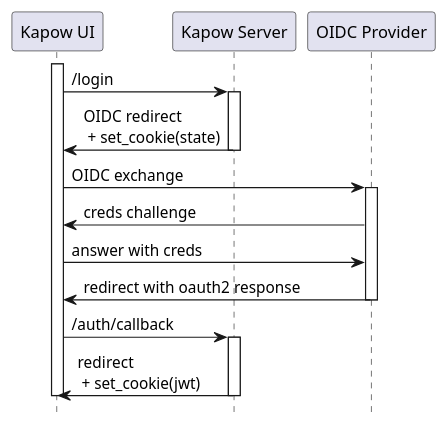
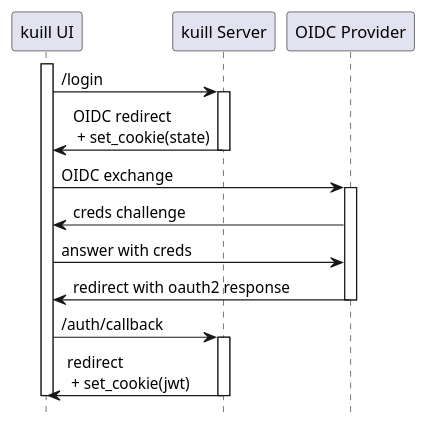
Before and after one commit to matt-deboer/kuill: the diagram in docs/login_flow.wsd, drawn with PlantUML. The commit also changed 17 other files, not shown here.

Commit message:
name change kapow => kuill

```diff
--- a/docs/login_flow.wsd
+++ b/docs/login_flow.wsd
@@ -1,26 +1,26 @@
 @startuml
 
 scale 1
 hide footbox
 
-participant "Kapow UI" as b
-participant "Kapow Server" as k
+participant "kuill UI" as b
+participant "kuill Server" as k
 participant "OIDC Provider" as o
 activate b
 b -> k: /login
 activate k
 k -> b: OIDC redirect\n + set_cookie(state)
 deactivate k
 b -> o: OIDC exchange
 activate o
 o -> b: creds challenge
 b -> o: answer with creds
 o -> b: redirect with oauth2 response
 deactivate o
 b -> k: /auth/callback
 activate k
 k -> b: redirect\n + set_cookie(jwt)
 deactivate k
 deactivate b
 
 @enduml
```
